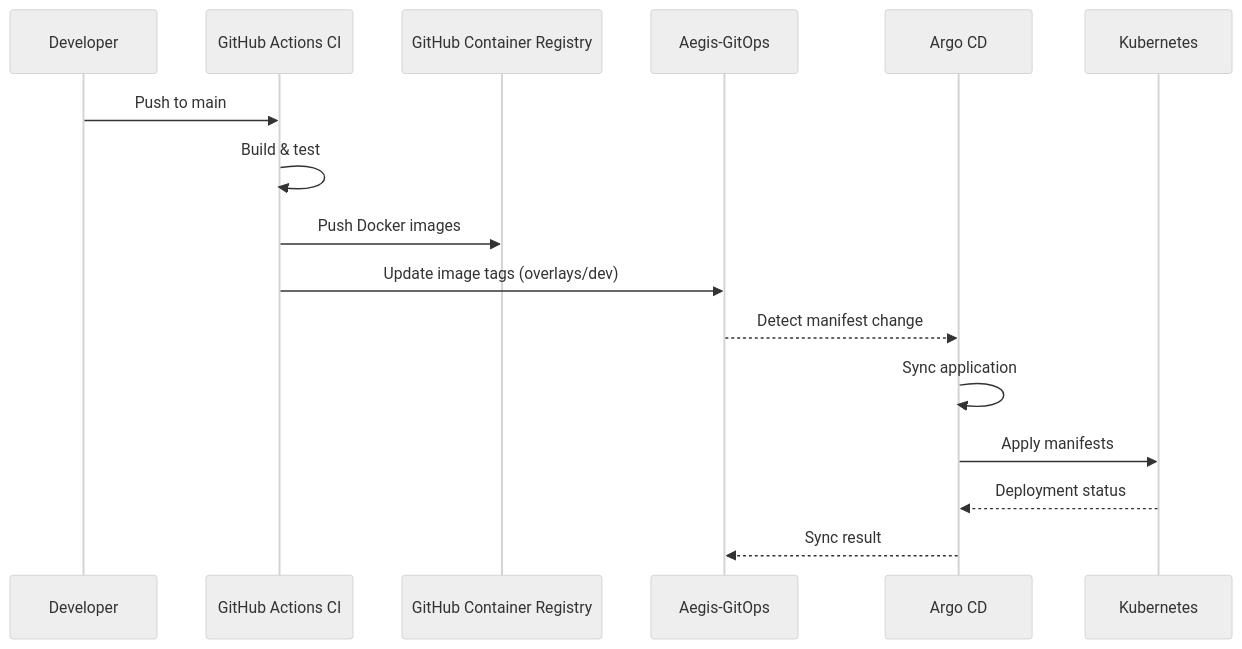
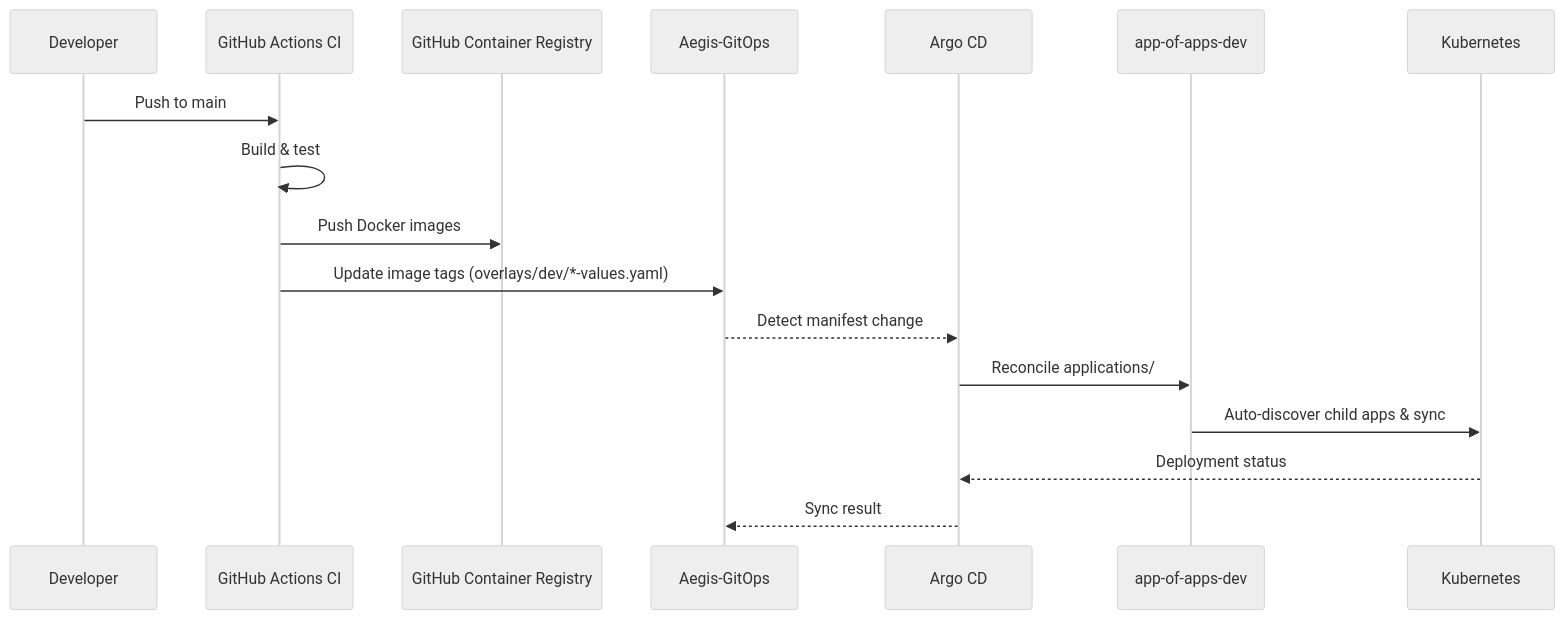
One commit to AlexAlvarezGallardo-GitHub/Aegis changed the second of 3 diagrams in docs/obsidian/05 - Infrastructure/GitOps.md. Above: the diagram before and after it, drawn with Mermaid (neutral theme). The commit also changed other lines of this file and 4 other files, not shown here.

Commit message:
docs(infra): sync obsidian vault with GitOps app-of-apps setup

````diff
--- a/docs/obsidian/05 - Infrastructure/GitOps.md
+++ b/docs/obsidian/05 - Infrastructure/GitOps.md
@@ -71,19 +72,20 @@
 ```mermaid
 sequenceDiagram
     participant Dev as Developer
     participant CI as GitHub Actions CI
     participant GHCR as GitHub Container Registry
     participant GitOps as Aegis-GitOps
     participant Argo as Argo CD
+    participant AppOfApps as app-of-apps-dev
     participant K8s as Kubernetes
 
     Dev->>CI: Push to main
     CI->>CI: Build & test
     CI->>GHCR: Push Docker images
-    CI->>GitOps: Update image tags (overlays/dev)
+    CI->>GitOps: Update image tags (overlays/dev/*-values.yaml)
     GitOps-->>Argo: Detect manifest change
-    Argo->>Argo: Sync application
-    Argo->>K8s: Apply manifests
+    Argo->>AppOfApps: Reconcile applications/
+    AppOfApps->>K8s: Auto-discover child apps & sync
     K8s-->>Argo: Deployment status
     Argo-->>GitOps: Sync result
 ```
````
